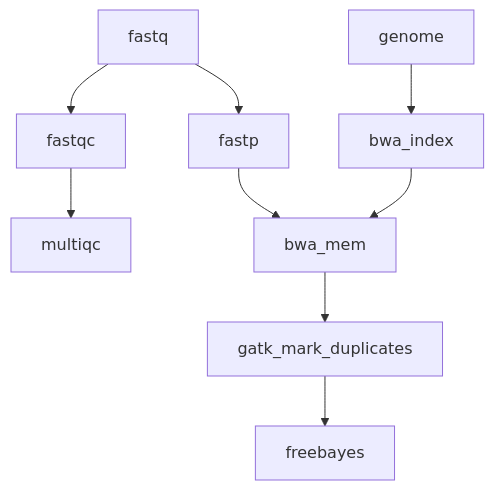
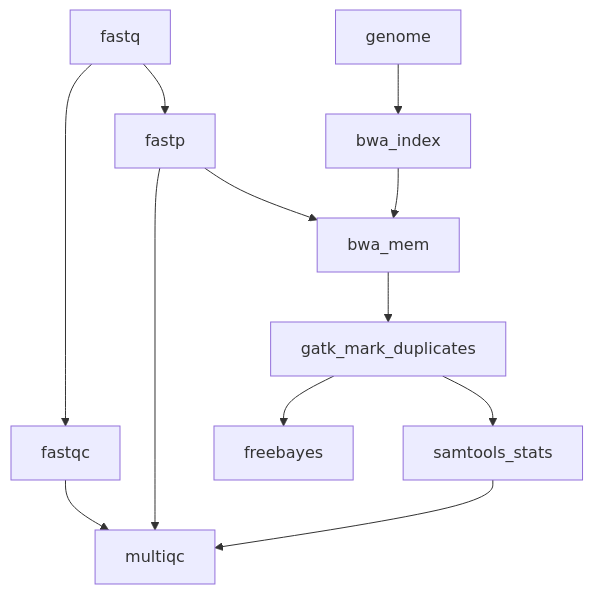
Before and after one commit to marine-omics/movp: the diagram in README.md, drawn with Mermaid.

Commit message:
Update workflow graph

````diff
--- a/README.md
+++ b/README.md
@@ -7,11 +7,14 @@
 ```mermaid
 graph TD;
 	fastq-->fastqc;
 	fastqc-->multiqc;
 	fastq-->fastp;
+	fastp-->multiqc;
 	fastp-->bwa_mem;
 	genome-->bwa_index;
 	bwa_index-->bwa_mem;
 	bwa_mem-->gatk_mark_duplicates;
+	gatk_mark_duplicates-->samtools_stats;
+	samtools_stats-->multiqc;
 	gatk_mark_duplicates-->freebayes;
 ```
````
